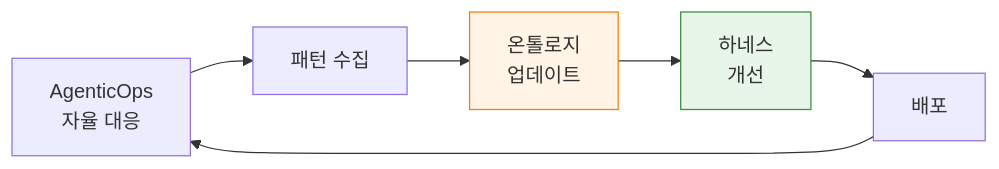
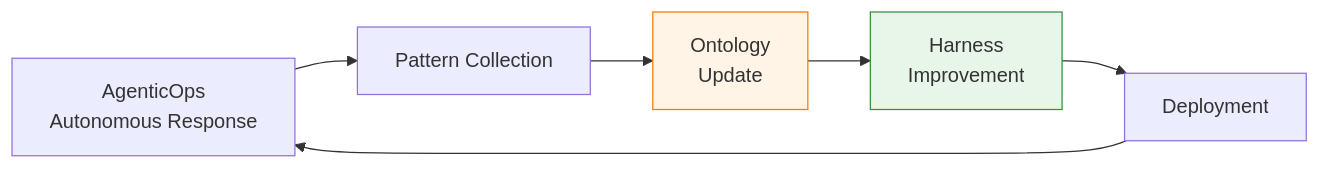
Before and after one commit to devfloor9/engineering-playbook: the third of 3 diagrams in docs/aidlc/operations/autonomous-response.md, drawn with Mermaid. The commit also changed other lines of this file and 954 other files, not shown here.

````diff
--- a/docs/aidlc/operations/autonomous-response.md
+++ b/docs/aidlc/operations/autonomous-response.md
@@ -581,11 +581,11 @@
 ```mermaid
 graph LR
-    A[AgenticOps<br/>자율 대응] --> B[패턴 수집]
-    B --> C[온톨로지<br/>업데이트]
-    C --> D[하네스<br/>개선]
-    D --> E[배포]
+    A[AgenticOps<br/>Autonomous Response] --> B[Pattern Collection]
+    B --> C[Ontology<br/>Update]
+    C --> D[Harness<br/>Improvement]
+    D --> E[Deployment]
     E --> A
 
     style C fill:#fff4e6,stroke:#f57c00
     style D fill:#e8f5e9,stroke:#388e3c
 ```
````
